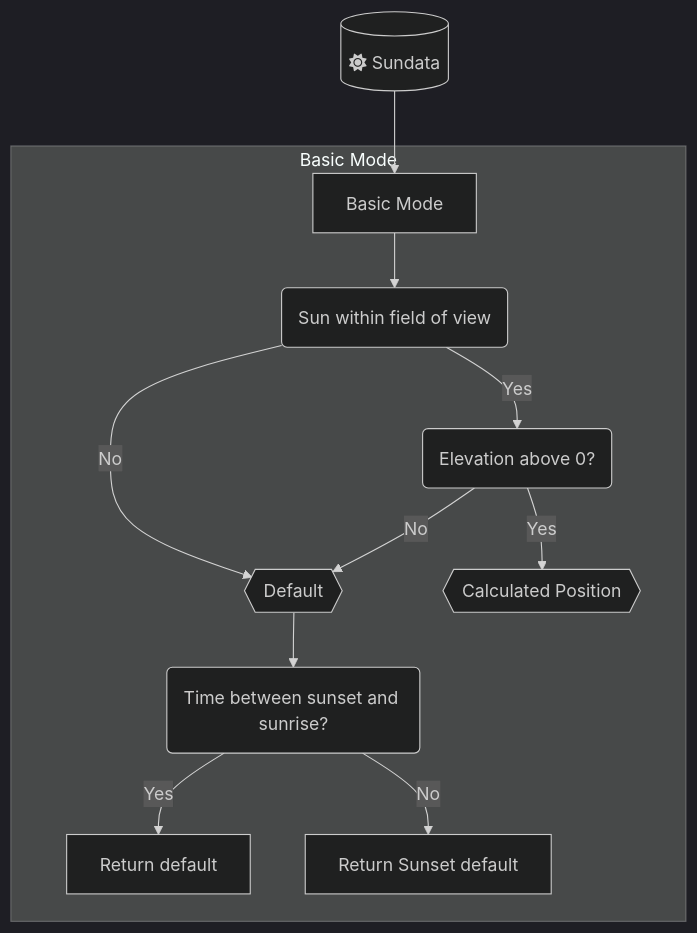
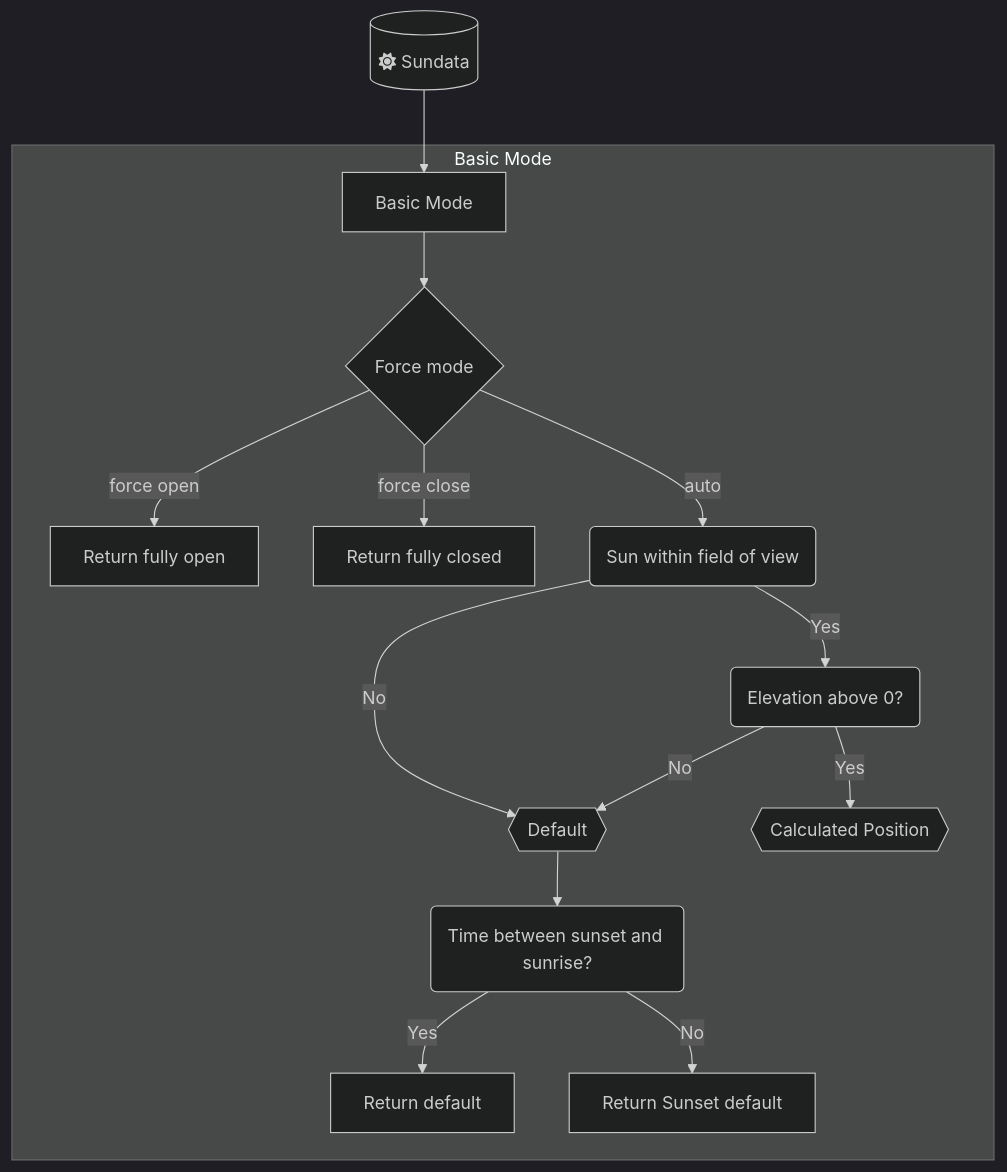
One commit to travisp/adaptive-cover changed the diagram in README.md. Above: the diagram before and after it, drawn with Mermaid (dark theme).

Commit message:
Update flowchart with force open/close

````diff
--- a/README.md
+++ b/README.md
@@ -75,18 +75,21 @@
 ```mermaid
   graph TD
 
   A[("fa:fa-sun Sundata")]
   A --> B["Basic Mode"]
   subgraph "Basic Mode"
-      B --> BA("Sun within field of view")
+      B --> BM{"Force mode"}
+      BM --> |"force open"| BN["Return fully open"]
+      BM --> |"force close"| BO["Return fully closed"]
+      BM --> |auto| BA("Sun within field of view")
 
       BA --> |No| BC{{Default}}
       BC --> BE("Time between sunset and sunrise?")
       BE --> |Yes| BF["Return default"]
       BE --> |No| BG["Return Sunset default"]
 
       BA --> |Yes| BD("Elevation above 0?")
       BD --> |Yes| BH{{"Calculated Position"}}
       BD --> |No| BC
   end
 ```
````
